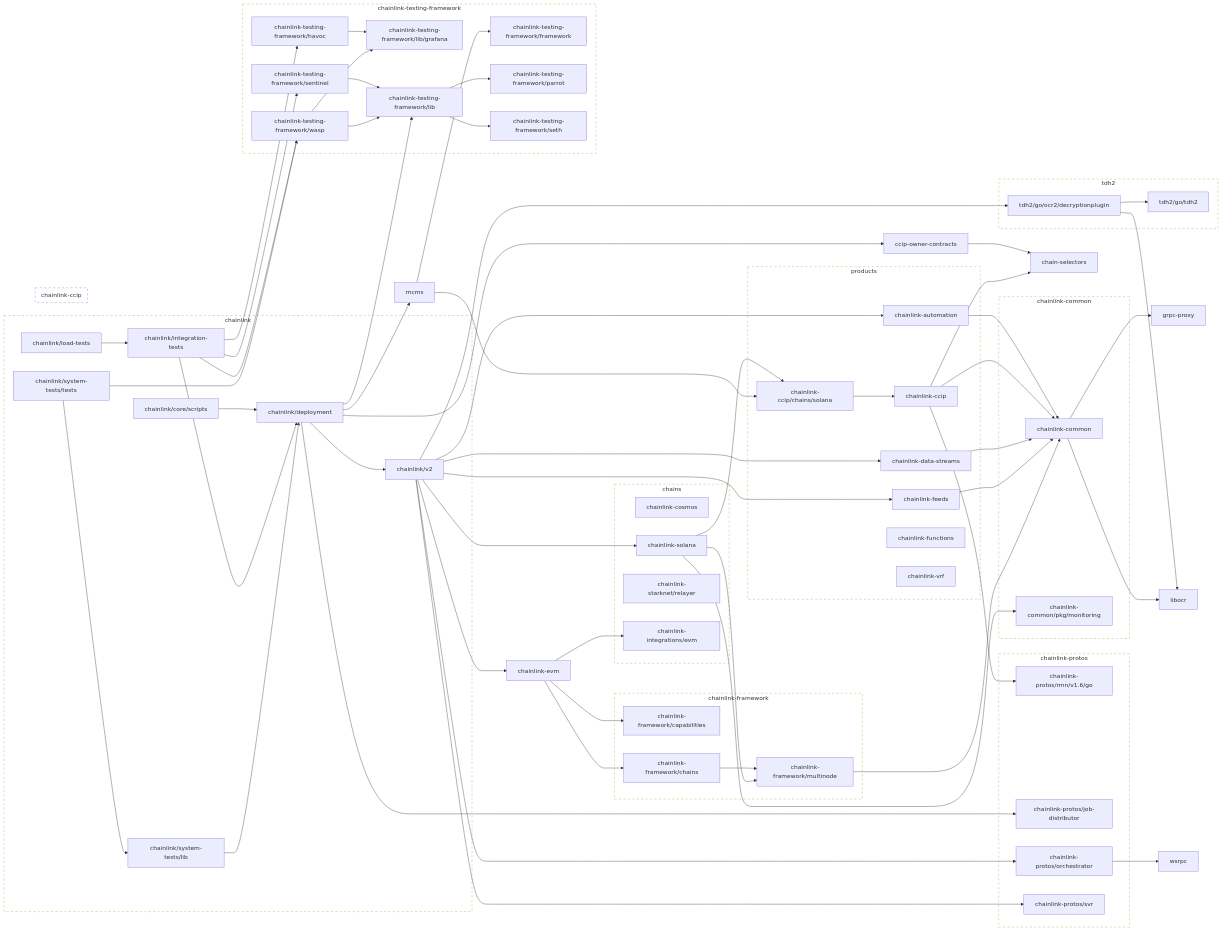
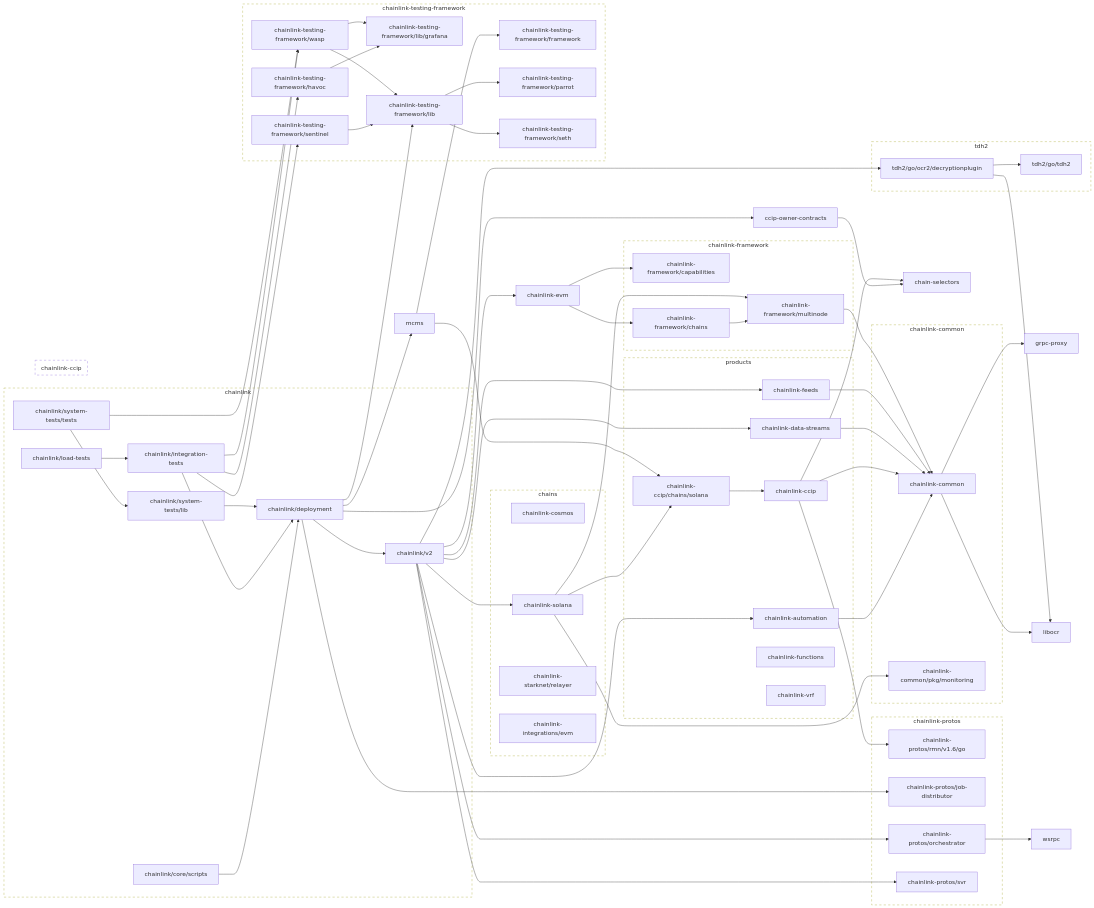
The second of 2 diagrams in go.md (JohnDaWalka/chainlink), drawn with Mermaid before and after one commit. The commit also changed other lines of this file and 19 other files, not shown here.

First line of the commit message:
bump chainlink-evm (#17355)

```diff
--- a/go.md
+++ b/go.md
@@ -159,7 +160,6 @@
 	click chainlink-data-streams href "https://github.com/smartcontractkit/chainlink-data-streams"
 	chainlink-evm --> chainlink-framework/capabilities
 	chainlink-evm --> chainlink-framework/chains
-	chainlink-evm --> chainlink-integrations/evm
 	click chainlink-evm href "https://github.com/smartcontractkit/chainlink-evm"
 	chainlink-feeds --> chainlink-common
 	click chainlink-feeds href "https://github.com/smartcontractkit/chainlink-feeds"
@@ -169,8 +169,6 @@
 	click chainlink-framework/chains href "https://github.com/smartcontractkit/chainlink-framework"
 	chainlink-framework/multinode --> chainlink-common
 	click chainlink-framework/multinode href "https://github.com/smartcontractkit/chainlink-framework"
-	chainlink-integrations/evm
-	click chainlink-integrations/evm href "https://github.com/smartcontractkit/chainlink-integrations"
 	chainlink-protos/job-distributor
 	click chainlink-protos/job-distributor href "https://github.com/smartcontractkit/chainlink-protos"
 	chainlink-protos/orchestrator --> wsrpc
```
